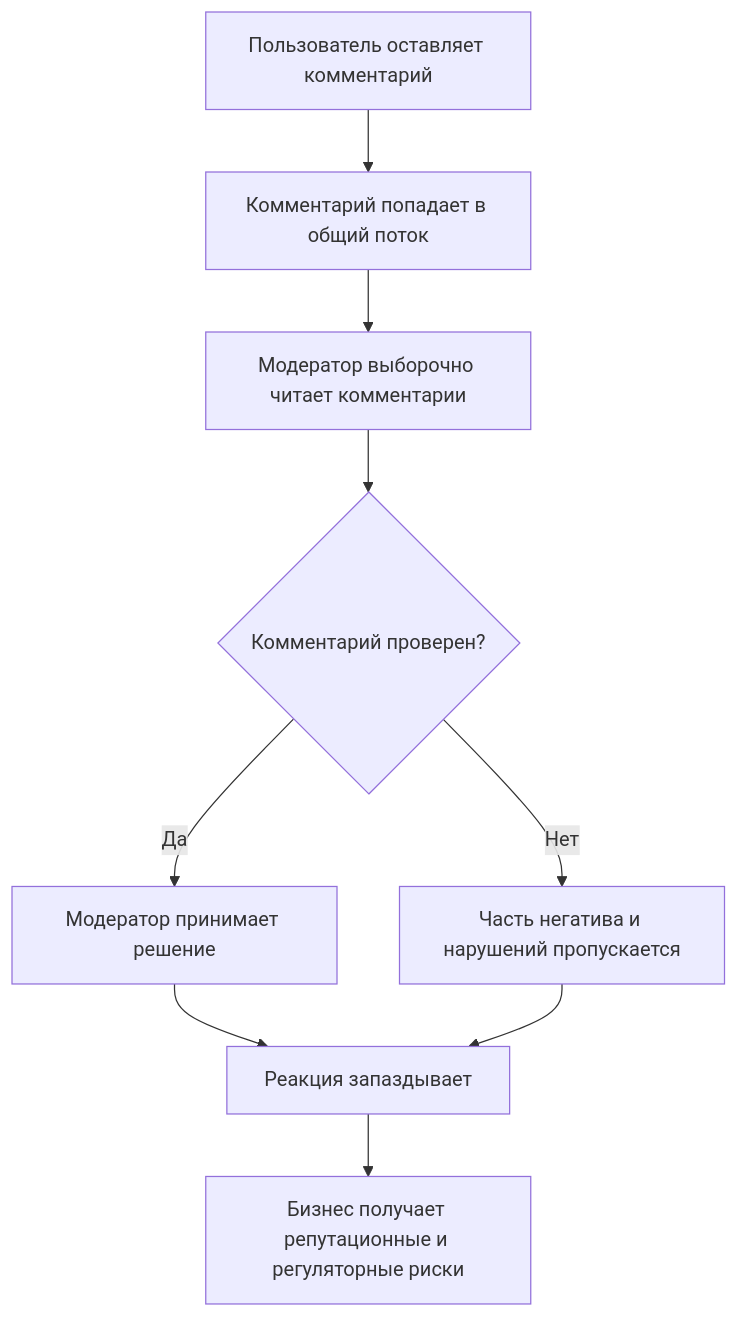
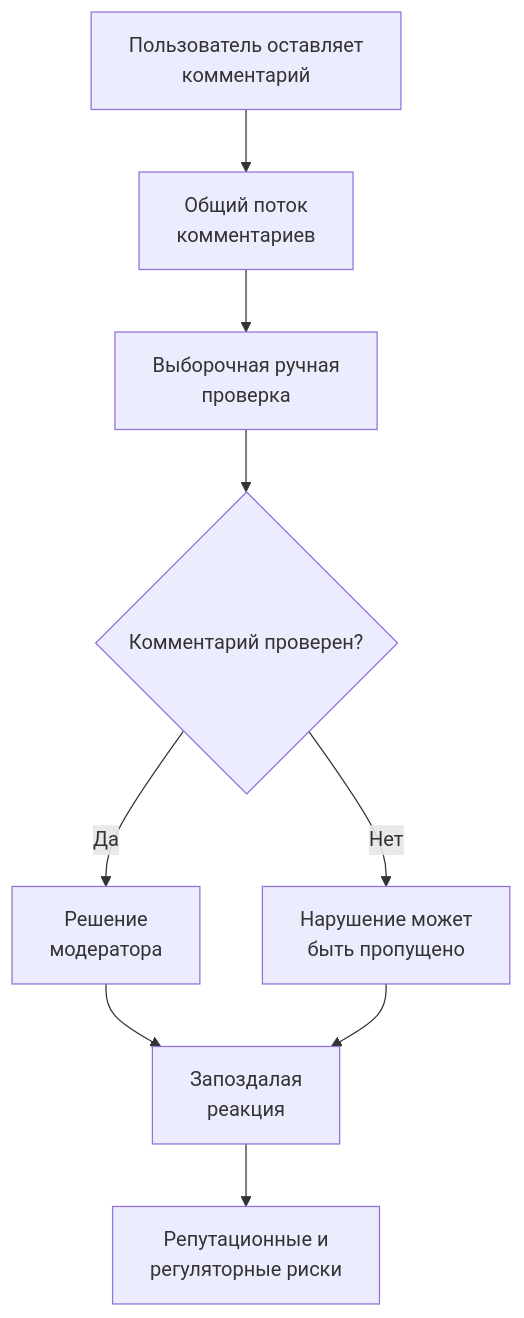
One commit to Alexander-Prel/priss changed the diagram in diagrams/business_process_before.md. Above: the diagram before and after it, drawn with Mermaid. The commit also changed other lines of this file and 6 other files, not shown here.

Commit message:
Improve document flow and Mermaid diagrams

````diff
--- a/diagrams/business_process_before.md
+++ b/diagrams/business_process_before.md
@@ -5,11 +5,11 @@
 ```mermaid
 flowchart TD
-    A[Пользователь оставляет комментарий] --> B[Комментарий попадает в общий поток]
-    B --> C[Модератор выборочно читает комментарии]
+    A[Пользователь оставляет<br/>комментарий] --> B[Общий поток<br/>комментариев]
+    B --> C[Выборочная ручная<br/>проверка]
     C --> D{Комментарий проверен?}
-    D -->|Да| E[Модератор принимает решение]
-    D -->|Нет| F[Часть негатива и нарушений пропускается]
-    E --> G[Реакция запаздывает]
+    D -->|Да| E[Решение<br/>модератора]
+    D -->|Нет| F[Нарушение может<br/>быть пропущено]
+    E --> G[Запоздалая<br/>реакция]
     F --> G
-    G --> H[Бизнес получает репутационные и регуляторные риски]
+    G --> H[Репутационные и<br/>регуляторные риски]
 ```
````
